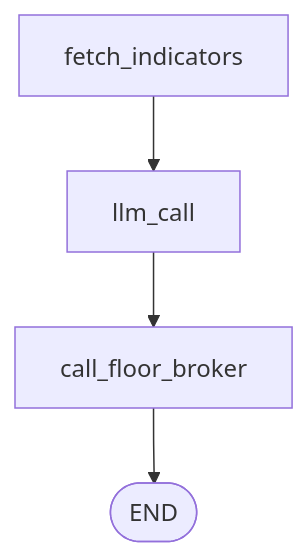
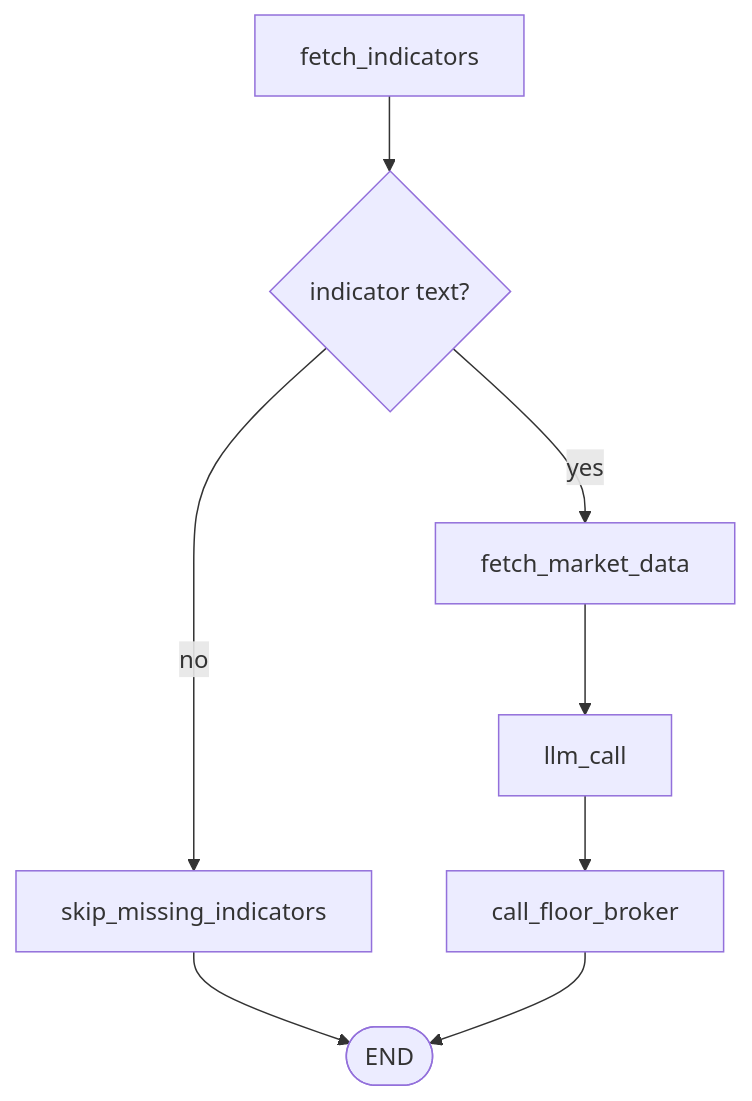
The second of 2 diagrams in docs/architecture.md (miramar-labs-org/multi-agent-ai-trader), drawn with Mermaid before and after one commit. The commit also changed other lines of this file and 15 other files, not shown here.

````diff
--- a/docs/architecture.md
+++ b/docs/architecture.md
@@ -239,6 +240,10 @@
 ```mermaid
 flowchart TD
-    A[fetch_indicators] --> B[llm_call]
-    B --> C[call_floor_broker]
-    C --> D([END])
+    A[fetch_indicators] --> B{indicator text?}
+    B -- no --> E[skip_missing_indicators]
+    B -- yes --> C[fetch_market_data]
+    C --> D[llm_call]
+    D --> F[call_floor_broker]
+    E --> G([END])
+    F --> G
 ```
````
